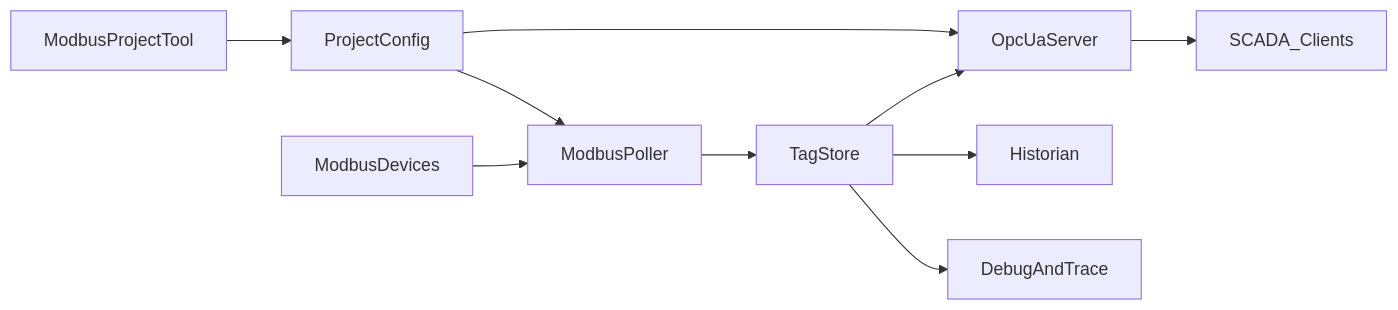
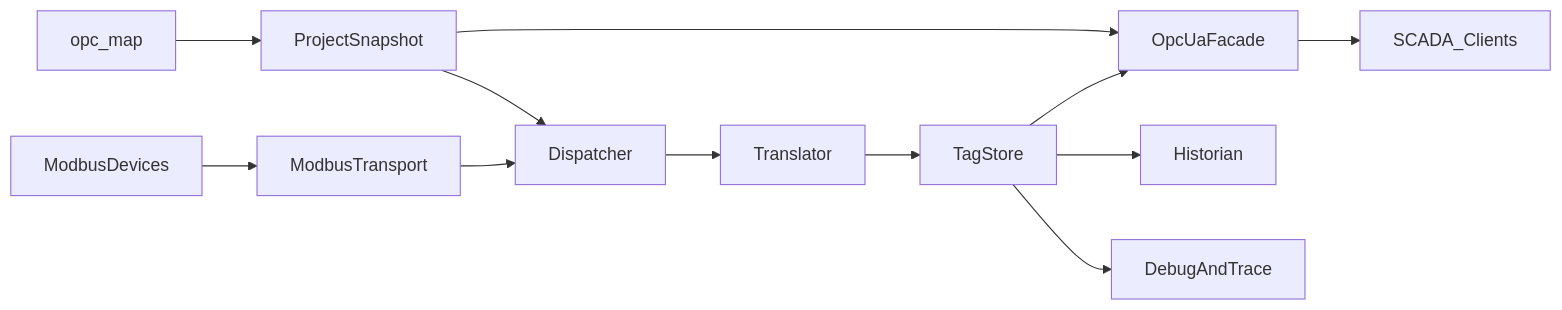
The second of 2 diagrams in DOCs/02-architecture.md (Orange-hanter/OPC_SERVER), drawn with Mermaid before and after one commit. The commit also changed other lines of this file and 38 other files, not shown here.

First line of the commit message:
Add architecture ADRs, standards, and hexagonal port skeleton.

````diff
--- a/DOCs/02-architecture.md
+++ b/DOCs/02-architecture.md
@@ -5,12 +61,14 @@
 ```mermaid
 flowchart LR
-  Devices[ModbusDevices] --> Poller[ModbusPoller]
-  Poller --> TagStore[TagStore]
-  TagStore --> OpcUa[OpcUaServer]
-  TagStore --> Historian[Historian]
+  Devices[ModbusDevices] --> Transport[ModbusTransport]
+  Transport --> Dispatcher
+  Dispatcher --> Translator
+  Translator --> TagStore
+  TagStore --> OpcUa[OpcUaFacade]
+  TagStore --> Historian
   TagStore --> DebugBus[DebugAndTrace]
   OpcUa --> Scada[SCADA_Clients]
-  ProjTool[ModbusProjectTool] --> Config[ProjectConfig]
-  Config --> Poller
+  ProjTool[opc_map] --> Config[ProjectSnapshot]
+  Config --> Dispatcher
   Config --> OpcUa
 ```
````
